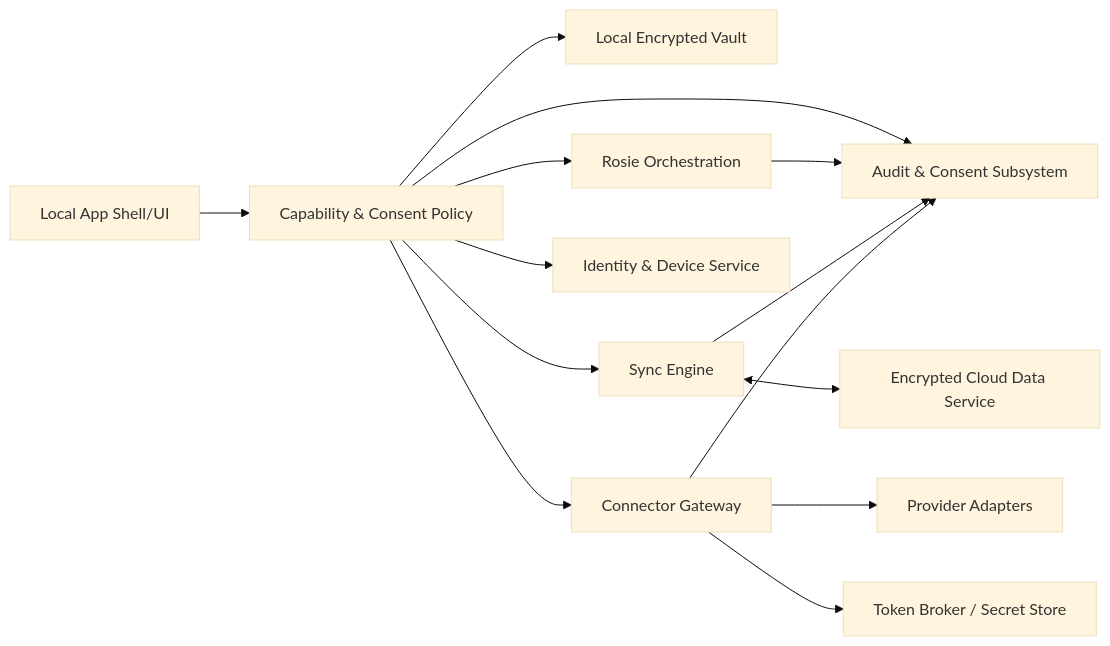
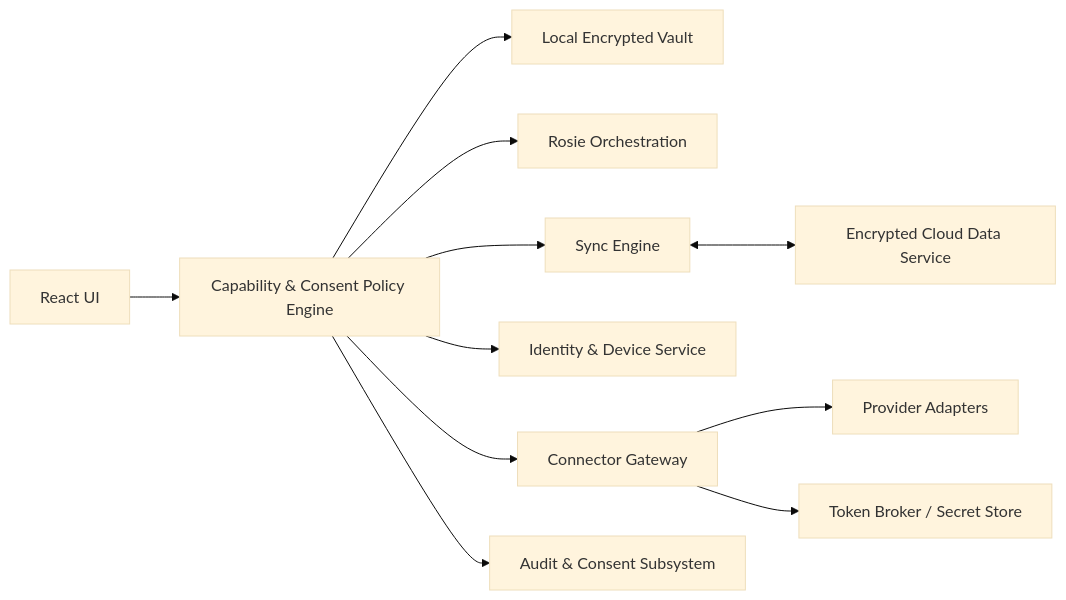
The diagram in docs/builds/PHASE_4_PLAN.md (robepur/iMOS), drawn with Mermaid (base theme) before and after one commit. The commit also changed other lines of this file, not shown here.

First line of the commit message:
Harden Phase 4 architecture gate

````diff
--- a/docs/builds/PHASE_4_PLAN.md
+++ b/docs/builds/PHASE_4_PLAN.md
@@ -120,16 +116,13 @@
 ```mermaid
 flowchart LR
-  UI[Local App Shell/UI] --> POLICY[Capability & Consent Policy]
-  POLICY --> VAULT[Local Encrypted Vault]
-  POLICY --> ROSIE[Rosie Orchestration]
-  POLICY --> SYNC[Sync Engine]
-  SYNC <--> CLOUD[Encrypted Cloud Data Service]
-  POLICY --> ID[Identity & Device Service]
-  POLICY --> GW[Connector Gateway]
-  GW --> ADAPT[Provider Adapters]
-  GW --> TOK[Token Broker / Secret Store]
-  POLICY --> AUDIT[Audit & Consent Subsystem]
-  ROSIE --> AUDIT
-  SYNC --> AUDIT
-  GW --> AUDIT
+  UI[React UI] --> Policy[Capability & Consent Policy Engine]
+  Policy --> Vault[Local Encrypted Vault]
+  Policy --> Rosie[Rosie Orchestration]
+  Policy --> Sync[Sync Engine]
+  Sync <--> Cloud[Encrypted Cloud Data Service]
+  Policy --> Identity[Identity & Device Service]
+  Policy --> Gateway[Connector Gateway]
+  Gateway --> Adapters[Provider Adapters]
+  Gateway --> Broker[Token Broker / Secret Store]
+  Policy --> Audit[Audit & Consent Subsystem]
 ```
````
